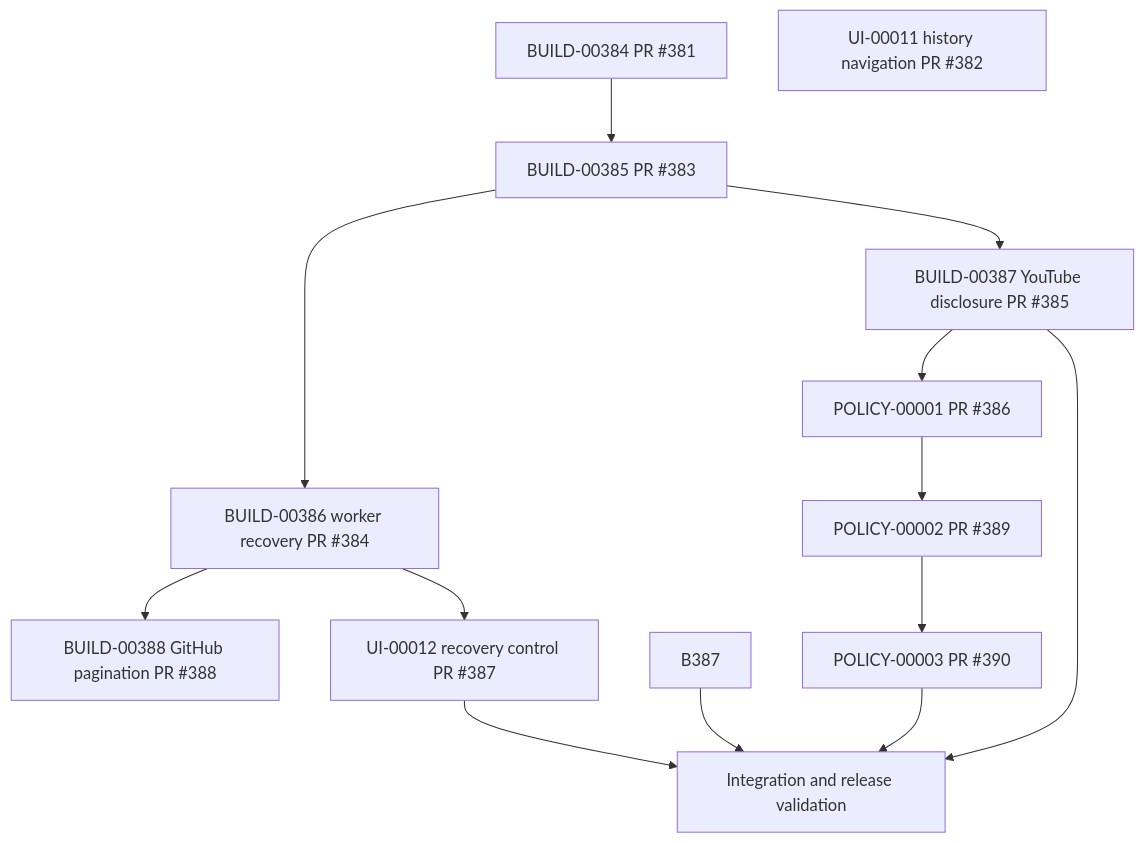
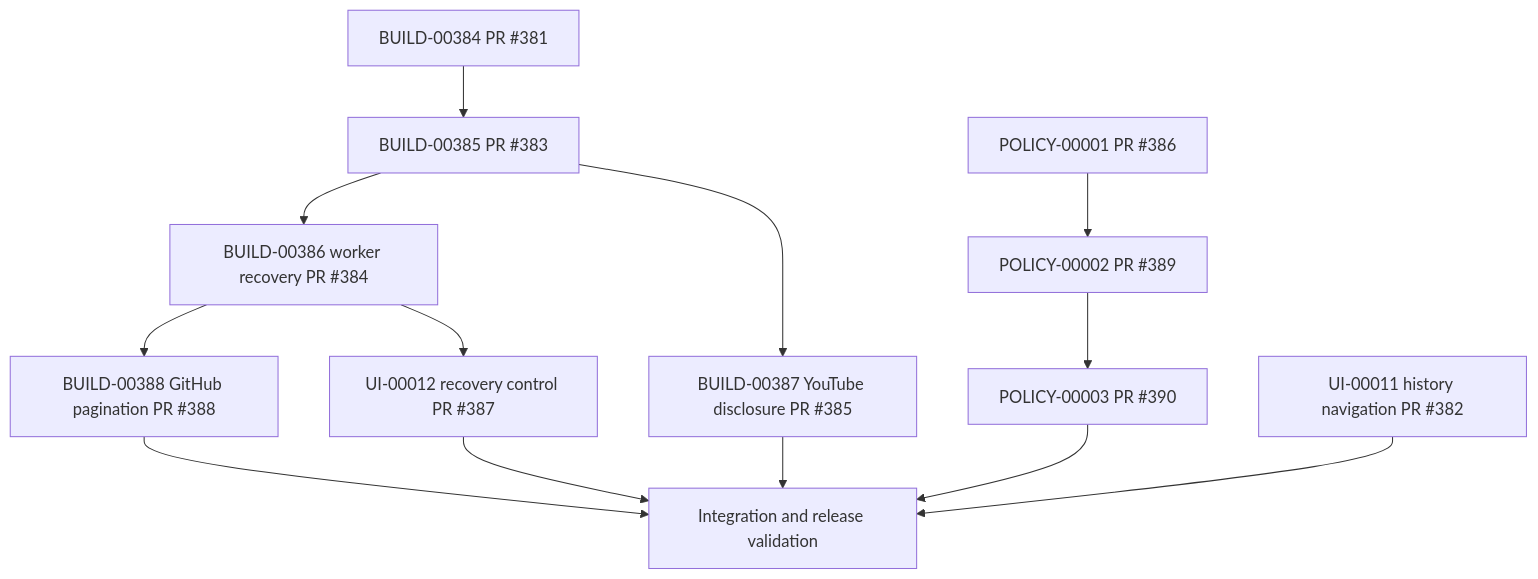
The diagram in docs/DEVELOPMENT_JOB_ORCHESTRATION.md (justinhblee-prog/shorts), drawn with Mermaid before and after one commit. The commit also changed other lines of this file, not shown here.

Commit message:
docs: correct FLOW dependency graph and stale CI labels

````diff
--- a/docs/DEVELOPMENT_JOB_ORCHESTRATION.md
+++ b/docs/DEVELOPMENT_JOB_ORCHESTRATION.md
@@ -76,16 +76,16 @@
 ```mermaid
 flowchart TD
   B384[BUILD-00384 PR #381] --> B385[BUILD-00385 PR #383]
   B385 --> B386[BUILD-00386 worker recovery PR #384]
   B385 --> YT[BUILD-00387 YouTube disclosure PR #385]
   B386 --> B388[BUILD-00388 GitHub pagination PR #388]
   B386 --> U012[UI-00012 recovery control PR #387]
-  YT --> P001[POLICY-00001 PR #386]
-  P001 --> P002[POLICY-00002 PR #389]
+  P001[POLICY-00001 PR #386] --> P002[POLICY-00002 PR #389]
   P002 --> P003[POLICY-00003 PR #390]
   U011[UI-00011 history navigation PR #382]
   U012 --> INT[Integration and release validation]
-  B387 --> INT
+  B388 --> INT
+  U011 --> INT
   P003 --> INT
   YT --> INT
 ```
````
